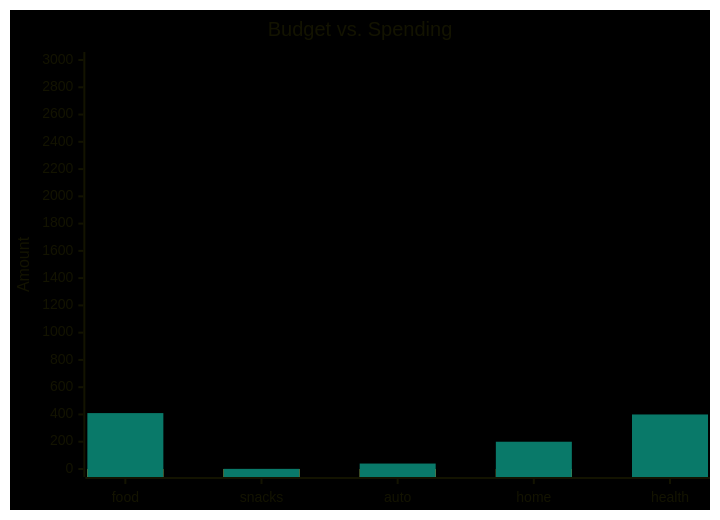
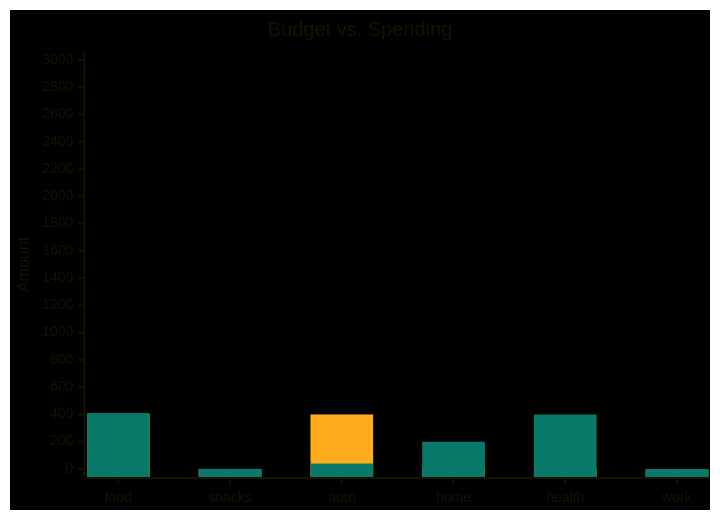
Before and after one commit to Indyandie/yosan: the fifth of 5 diagrams in data/template/2024-07/2024-07-budget.md, drawn with Mermaid. The commit also changed other lines of this file and 9 other files, not shown here.

````diff
--- a/data/template/2024-07/2024-07-budget.md
+++ b/data/template/2024-07/2024-07-budget.md
@@ -83,15 +87,15 @@
 ```mermaid
 --- 
 config: 
    themeVariables:
       xyChart: 
          backgroundColor: "#000"
          plotColorPalette: "#ffac1c, #097969"
 ---
 xychart-beta
     title "Budget vs. Spending"
     y-axis "Amount" 0 --> 3000
-    x-axis [food, snacks, auto, home, health]
-    bar [0.00, 0.00, 0.00, 0.00, 0.00]
-    bar [410.00, 1.00, 40.00, 200.00, 400.00]
+    x-axis [food, snacks, auto, home, health, work]
+    bar [400.00, 0.00, 400.00, 0.00, 0.00, 0.00]
+    bar [410.00, 1.00, 40.00, 200.00, 400.00, 0.00]
 ```
````
